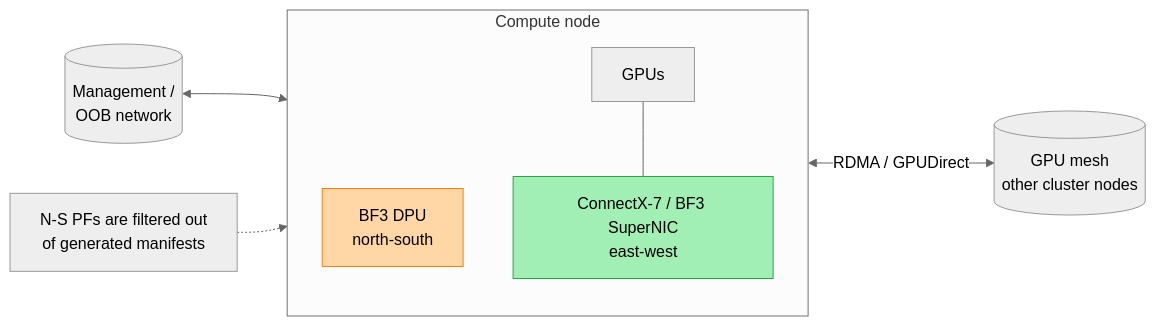
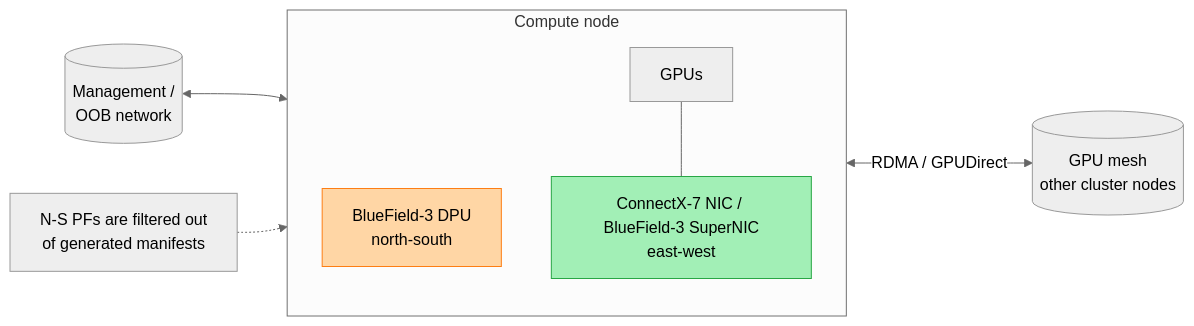
One commit to kvadrage/network-operator-docs changed the fourth of 4 diagrams in docs/k8s-launch-kit/heterogeneous-clusters.rst. Above: the diagram before and after it, drawn with Mermaid (neutral theme). The commit also changed other lines of this file and 4 other files, not shown here.

```diff
--- a/docs/k8s-launch-kit/heterogeneous-clusters.rst
+++ b/docs/k8s-launch-kit/heterogeneous-clusters.rst
@@ -314,24 +314,24 @@
 .. mermaid::
 
    flowchart LR
        Mgmt[(Management /<br/>OOB network)]
        Mesh[(GPU mesh<br/>other cluster nodes)]
 
        subgraph Node[Compute node]
            direction TB
-           BF3[BF3 DPU<br/>north-south]
-           SUPER[ConnectX-7 / BF3 SuperNIC<br/>east-west]
+           BF3[BlueField-3 DPU<br/>north-south]
+           SUPER[ConnectX-7 NIC / BlueField-3 SuperNIC<br/>east-west]
            GPU[GPUs]
            GPU --- SUPER
        end
 
        Mgmt <--> BF3
        SUPER <-->|RDMA / GPUDirect| Mesh
 
        NS_NOTE[N-S PFs are filtered out<br/>of generated manifests]
        NS_NOTE -.-> BF3
 
        classDef ns fill:#ffd6a5,stroke:#fd7e14,color:#000
        classDef ew fill:#a2efb6,stroke:#28a745,color:#000
        class BF3 ns
        class SUPER ew
```
